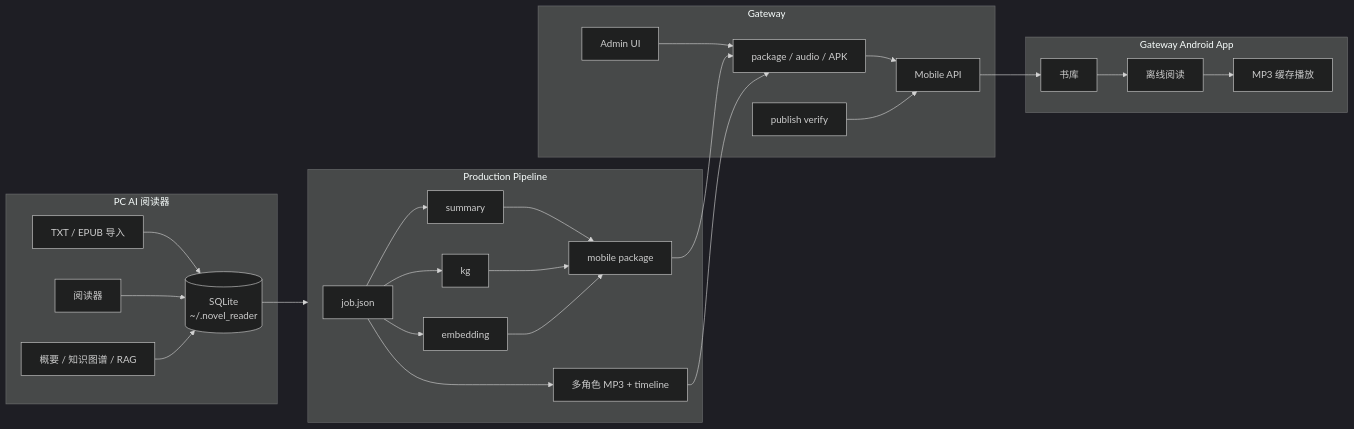
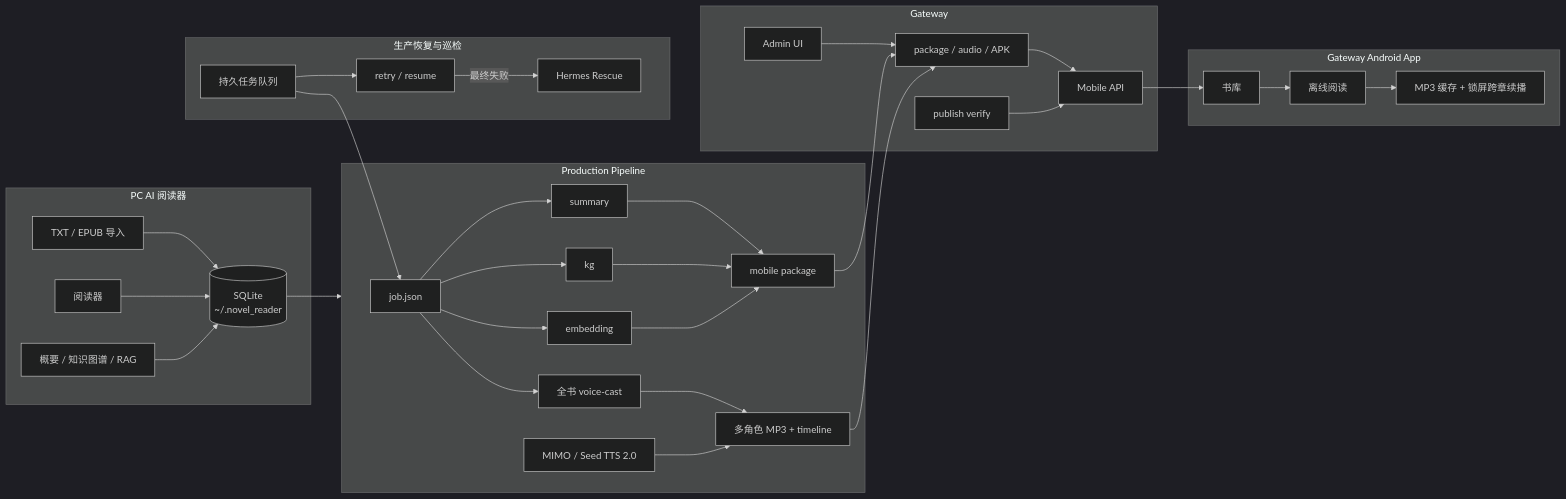
Before and after one commit to gwaves/novel_reader: the diagram in README.md, drawn with Mermaid (dark theme). The commit also changed other lines of this file, not shown here.

````diff
--- a/README.md
+++ b/README.md
@@ -57,46 +66,58 @@
 ```mermaid
 flowchart LR
   subgraph PC["PC AI 阅读器"]
     Import["TXT / EPUB 导入"]
     Reader["阅读器"]
     AI["概要 / 知识图谱 / RAG"]
     DB[("SQLite\n~/.novel_reader")]
     Import --> DB
     Reader --> DB
     AI --> DB
   end
 
   subgraph Pipeline["Production Pipeline"]
     Job["job.json"]
     Summary["summary"]
     KG["kg"]
     Embed["embedding"]
+    Casting["全书 voice-cast"]
     Audio["多角色 MP3 + timeline"]
+    Providers["MIMO / Seed TTS 2.0"]
     Package["mobile package"]
     Job --> Summary --> Package
     Job --> KG --> Package
     Job --> Embed --> Package
-    Job --> Audio
+    Job --> Casting --> Audio
+    Providers --> Audio
+  end
+
+  subgraph Ops["生产恢复与巡检"]
+    Queue["持久任务队列"]
+    Resume["retry / resume"]
+    Rescue["Hermes Rescue"]
+    Queue --> Resume
+    Resume -->|"最终失败"| Rescue
   end
 
   subgraph Gateway["Gateway"]
     API["Mobile API"]
     Admin["Admin UI"]
     Assets["package / audio / APK"]
     Verify["publish verify"]
     Assets --> API
     Admin --> Assets
   end
 
   subgraph Android["Gateway Android App"]
     Shelf["书库"]
     MobileReader["离线阅读"]
-    MP3["MP3 缓存播放"]
+    MP3["MP3 缓存 + 锁屏跨章续播"]
   end
 
   DB --> Pipeline
+  Queue --> Job
   Package --> Assets
   Audio --> Assets
   Verify --> API
   API --> Shelf --> MobileReader --> MP3
 ```
````
